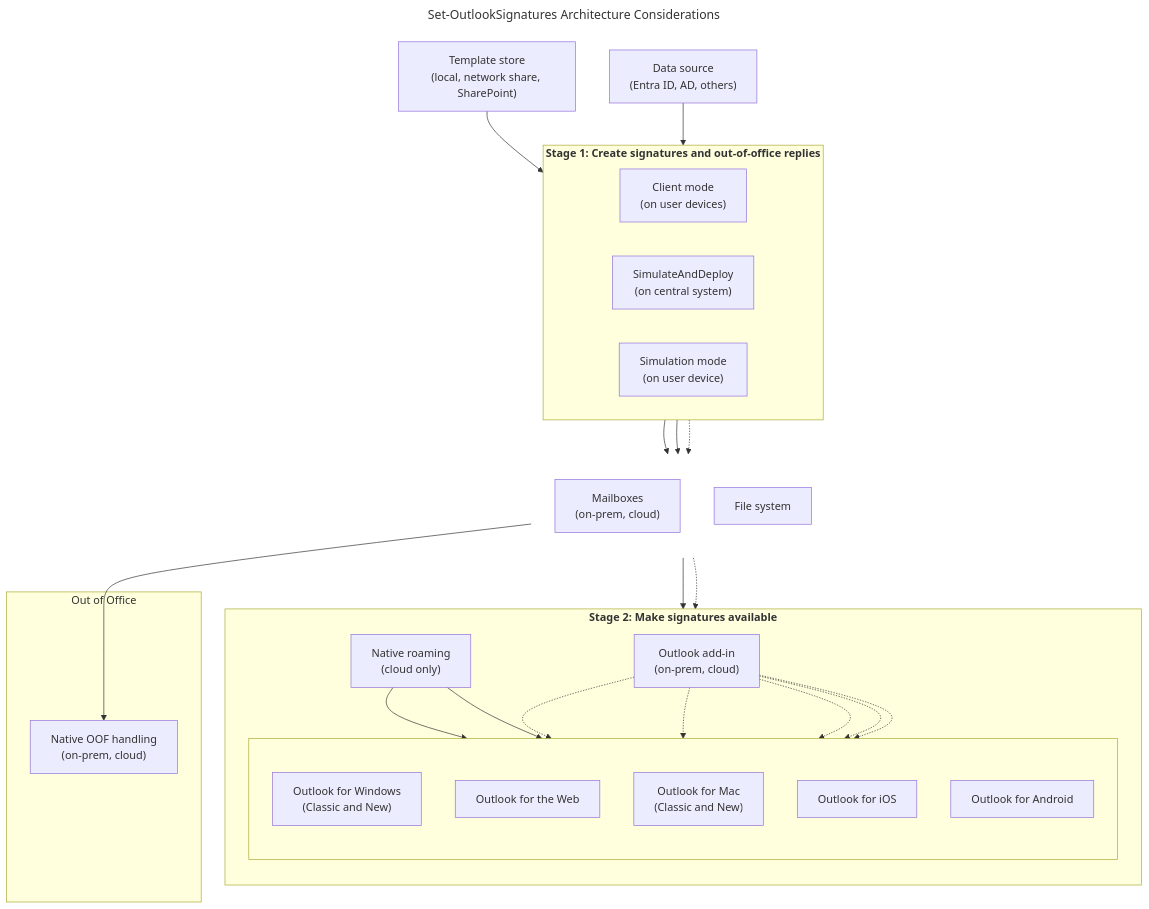
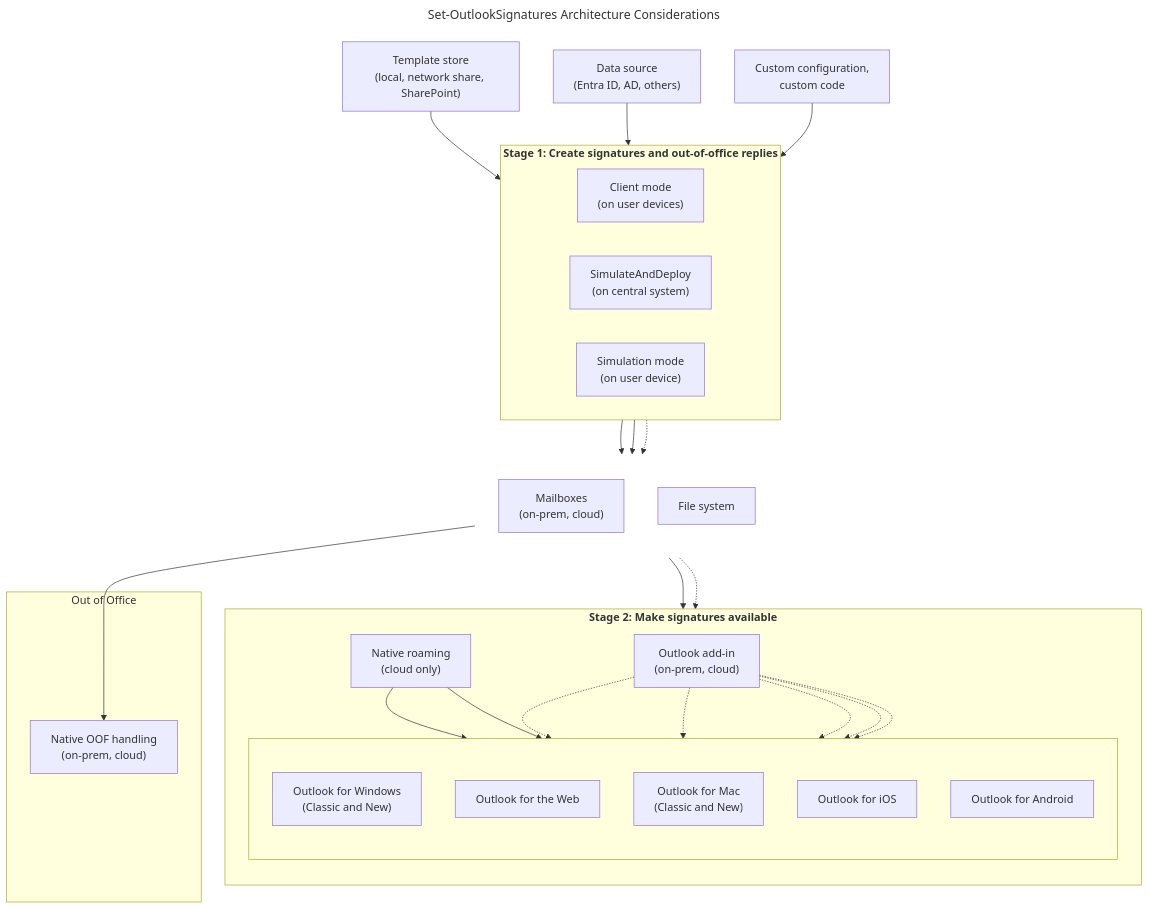
The diagram in details.en.md (ExplicITConsulting/set-outlooksignatures.com), drawn with Mermaid before and after one commit.

Commit message:
docs(details): Rephrasing

````diff
--- a/details.en.md
+++ b/details.en.md
@@ -97,60 +96,63 @@
 ```mermaid
 ---
 title: Set-OutlookSignatures Architecture Considerations
 ---
 flowchart TB
     classDef invisible fill:none,stroke:none;
 
     templatestore["Template store<br/>(local, network share, SharePoint)"]
 
     datasource["Data source<br/>(Entra ID, AD, others)"]
+
+    config["Custom configuration,<br/>custom code"]
 
     subgraph gen ["<b>Stage 1: Create signatures and out-of-office replies</b>"]
         direction LR
         clientmode["Client mode<br>(on user devices)"]
         simulateanddeploy["SimulateAndDeploy<br>(on central system)"]
         simulate["Simulation mode<br>(on user device)"]
     end
 
     subgraph mid [" "]
         direction TB
         mailbox["Mailboxes<br>(on-prem, cloud)"]
         filesystem["File system"]
     end
 
     subgraph avail ["<b>Stage 2: Make signatures available</b>"]
         direction TB
 
         roam["Native roaming<br>(cloud only)"]
         addin["Outlook add-in<br>(on-prem, cloud)"]
 
         subgraph outlookeditions [" "]
             direction TB
             WinOutlook["Outlook for Windows<br>(Classic and New)"]
             WebOutlook["Outlook for the Web"]
             Mac["Outlook for Mac<br>(Classic and New)"]
             iOS["Outlook for iOS"]
             Android["Outlook for Android"]
         end
     end
 
     subgraph oofbox["Out of Office"]
         oof["Native OOF handling<br>(on-prem, cloud)"]
     end
 
     class mid invisible;
 
     templatestore --> gen
     datasource --> gen
+    config --> gen
 
     clientmode --> mailbox
     simulateanddeploy --> mailbox
     simulate -.-> filesystem
     
     mailbox --> roam
     mailbox --> oof
     mailbox -.-> addin
 
     roam --> WinOutlook & WebOutlook
     addin -.-> WinOutlook & WebOutlook & Mac & iOS & Android
 ```
````
